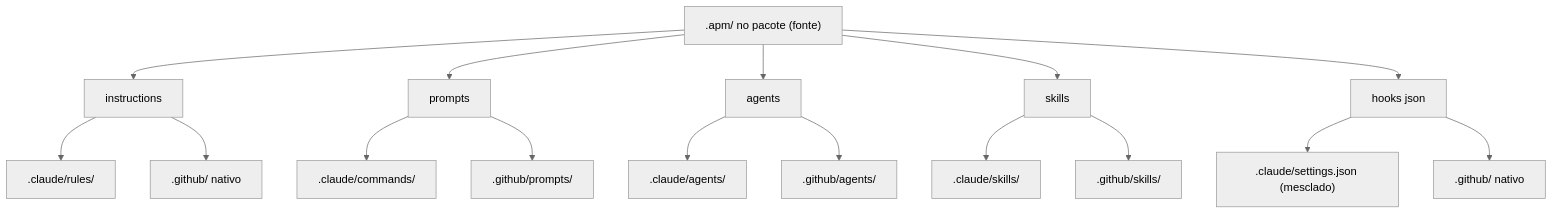
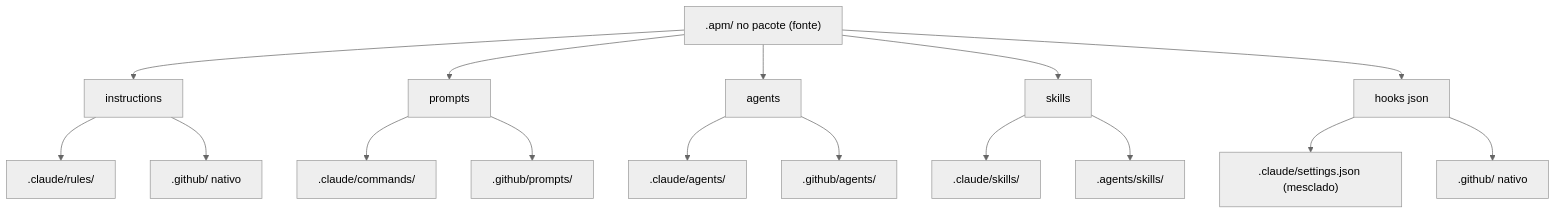
One commit to emilianoeloi/cowboy changed the third of 6 diagrams in docs/apm.view.md. Above: the diagram before and after it, drawn with Mermaid (neutral theme).

Commit message:
Update path for skills in APM view documentation

````diff
--- a/docs/apm.view.md
+++ b/docs/apm.view.md
@@ -52,21 +52,21 @@
 ```mermaid
 flowchart TD
     S[".apm/ no pacote (fonte)"]
     S --> I[instructions]
     S --> P[prompts]
     S --> G[agents]
     S --> K[skills]
     S --> H[hooks json]
 
     I --> CI1[".claude/rules/"]
     P --> CP1[".claude/commands/"]
     G --> CG1[".claude/agents/"]
     K --> CK1[".claude/skills/"]
     H --> CH1[".claude/settings.json (mesclado)"]
 
     I --> GI1[".github/ nativo"]
     P --> GP1[".github/prompts/"]
     G --> GG1[".github/agents/"]
-    K --> GK1[".github/skills/"]
+    K --> GK1[".agents/skills/"]
     H --> GH1[".github/ nativo"]
 ```
````
